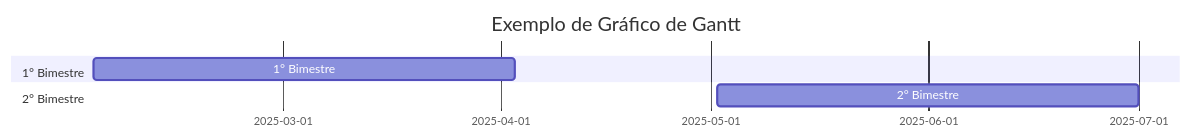
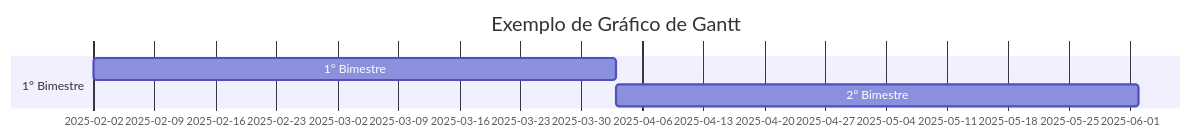
The third of 3 diagrams in README.md (erlonviana/grafico_de_gantt), drawn with Mermaid before and after one commit.

````diff
--- a/README.md
+++ b/README.md
@@ -19,9 +19,10 @@
 ```mermaid
 gantt
   title Exemplo de Gráfico de Gantt
   dateFormat YYYY-MM-DD
   section 1° Bimestre
   1° Bimestre :a1, 2025-02-02, 60d
+  2° Bimestre :a2, after a1, 60d
   section 2° Bimestre
-  2° Bimestre :a2, 2025-05-02, 60d
+  
 ```
````
